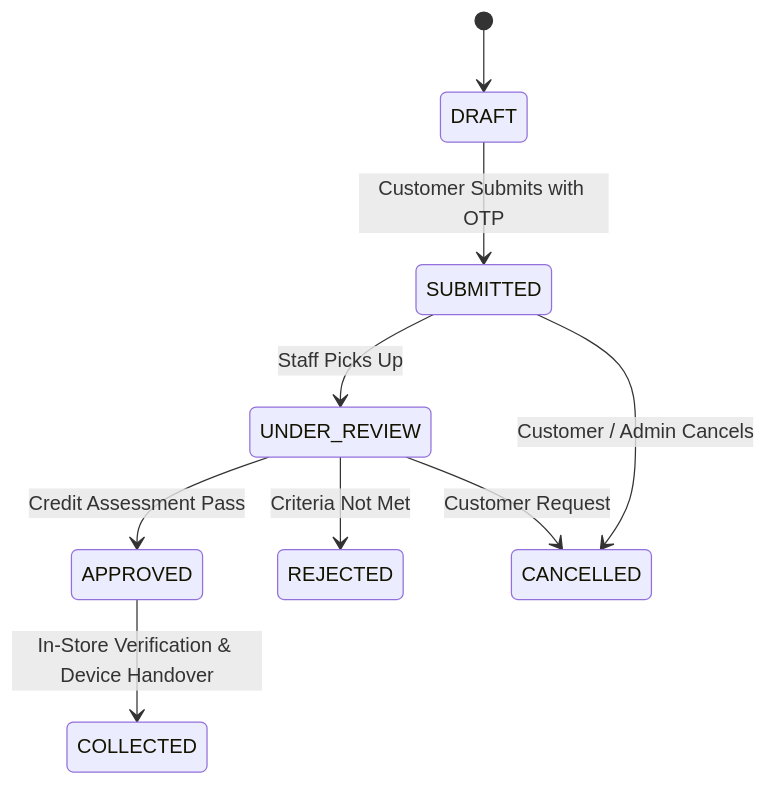
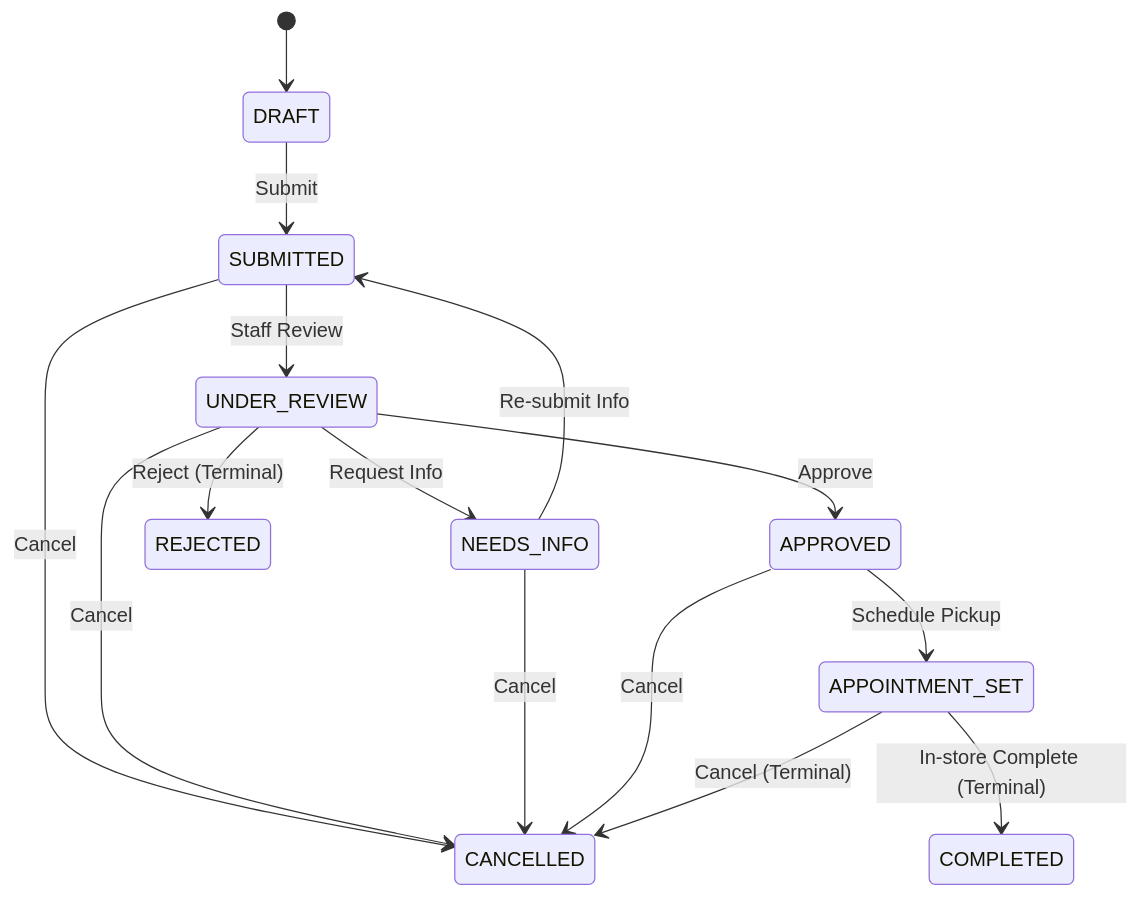
One commit to johnnienatti94-svg/h5 changed the diagram in ai-docs/BUSINESS_RULES.md. Above: the diagram before and after it, drawn with Mermaid. The commit also changed other lines of this file and 8 other files, not shown here.

````diff
--- a/ai-docs/BUSINESS_RULES.md
+++ b/ai-docs/BUSINESS_RULES.md
@@ -33,11 +58,17 @@
 ```mermaid
 stateDiagram-v2
     [*] --> DRAFT
-    DRAFT --> SUBMITTED : Customer Submits with OTP
-    SUBMITTED --> UNDER_REVIEW : Staff Picks Up
-    UNDER_REVIEW --> APPROVED : Credit Assessment Pass
-    UNDER_REVIEW --> REJECTED : Criteria Not Met
-    APPROVED --> COLLECTED : In-Store Verification & Device Handover
-    SUBMITTED --> CANCELLED : Customer / Admin Cancels
-    UNDER_REVIEW --> CANCELLED : Customer Request
+    DRAFT --> SUBMITTED : Submit
+    SUBMITTED --> UNDER_REVIEW : Staff Review
+    SUBMITTED --> CANCELLED : Cancel
+    UNDER_REVIEW --> NEEDS_INFO : Request Info
+    UNDER_REVIEW --> APPROVED : Approve
+    UNDER_REVIEW --> REJECTED : Reject (Terminal)
+    UNDER_REVIEW --> CANCELLED : Cancel
+    NEEDS_INFO --> SUBMITTED : Re-submit Info
+    NEEDS_INFO --> CANCELLED : Cancel
+    APPROVED --> APPOINTMENT_SET : Schedule Pickup
+    APPROVED --> CANCELLED : Cancel
+    APPOINTMENT_SET --> COMPLETED : In-store Complete (Terminal)
+    APPOINTMENT_SET --> CANCELLED : Cancel (Terminal)
 ```
````
